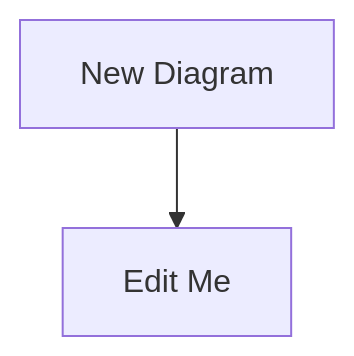
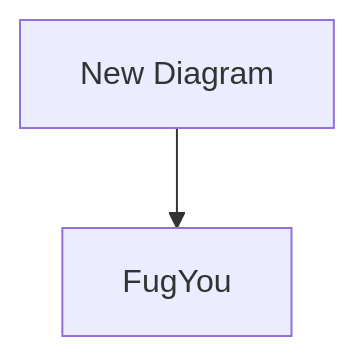
Before and after one commit to Skreen5hot/vanilla: the diagram in mermaid/Vinella_Test5.mmd, drawn with Mermaid.

Commit message:
[Mermaid-IDE] update diagram: Vinella_Test5.mmd

```diff
--- a/mermaid/Vinella_Test5.mmd
+++ b/mermaid/Vinella_Test5.mmd
@@ -1,2 +1,2 @@
 graph TD
-    A[New Diagram] --> B[Edit Me];
+    A[New Diagram] --> B[FugYou];
```
